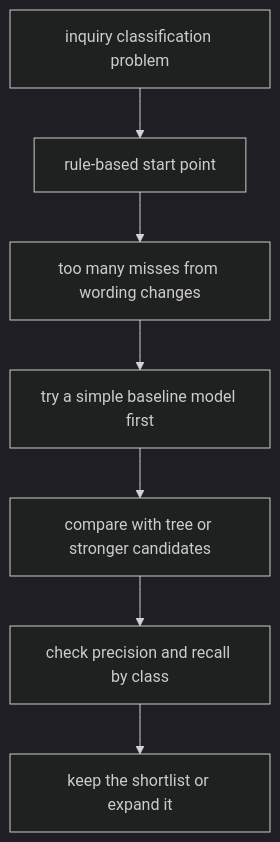
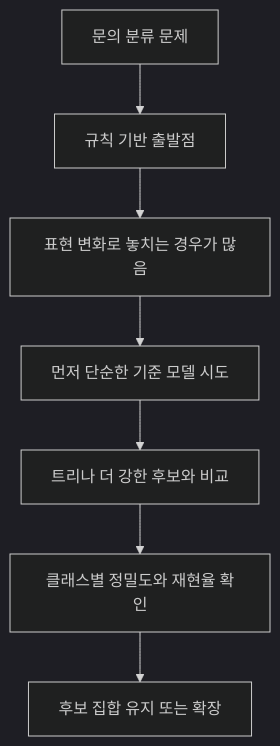
One commit to devchan64/AiBook changed the third of 3 diagrams in docs/parts/part-04/chapter-03/section-02.md. Above: the diagram before and after it, drawn with Mermaid (dark theme). The commit also changed other lines of this file and 29 other files, not shown here.

````diff
--- a/docs/parts/part-04/chapter-03/section-02.md
+++ b/docs/parts/part-04/chapter-03/section-02.md
@@ -202,13 +202,13 @@
 ```mermaid
 flowchart TD
-  A["inquiry classification problem"]
-  B["rule-based start point"]
-  C["too many misses from wording changes"]
-  D["try a simple baseline model first"]
-  E["compare with tree or stronger candidates"]
-  F["check precision and recall by class"]
-  G["keep the shortlist or expand it"]
+  A["문의 분류 문제"]
+  B["규칙 기반 출발점"]
+  C["표현 변화로 놓치는 경우가 많음"]
+  D["먼저 단순한 기준 모델 시도"]
+  E["트리나 더 강한 후보와 비교"]
+  F["클래스별 정밀도와 재현율 확인"]
+  G["후보 집합 유지 또는 확장"]
 
   A --> B --> C
   C --> D --> E --> F --> G
 ```
````
